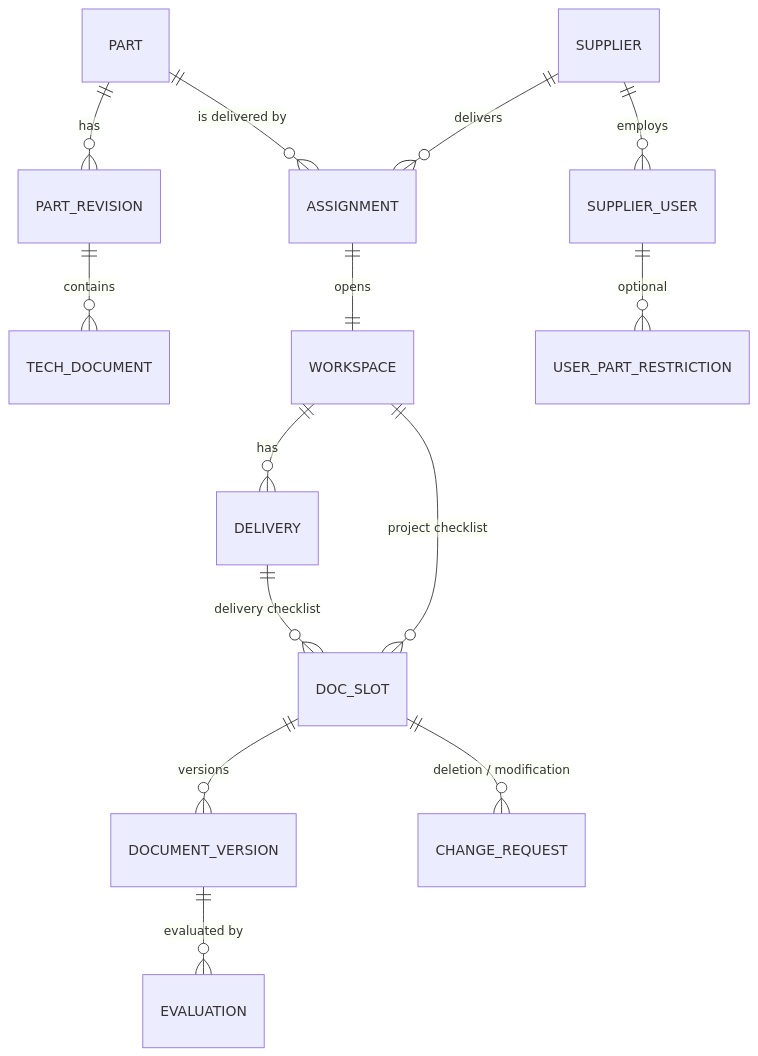
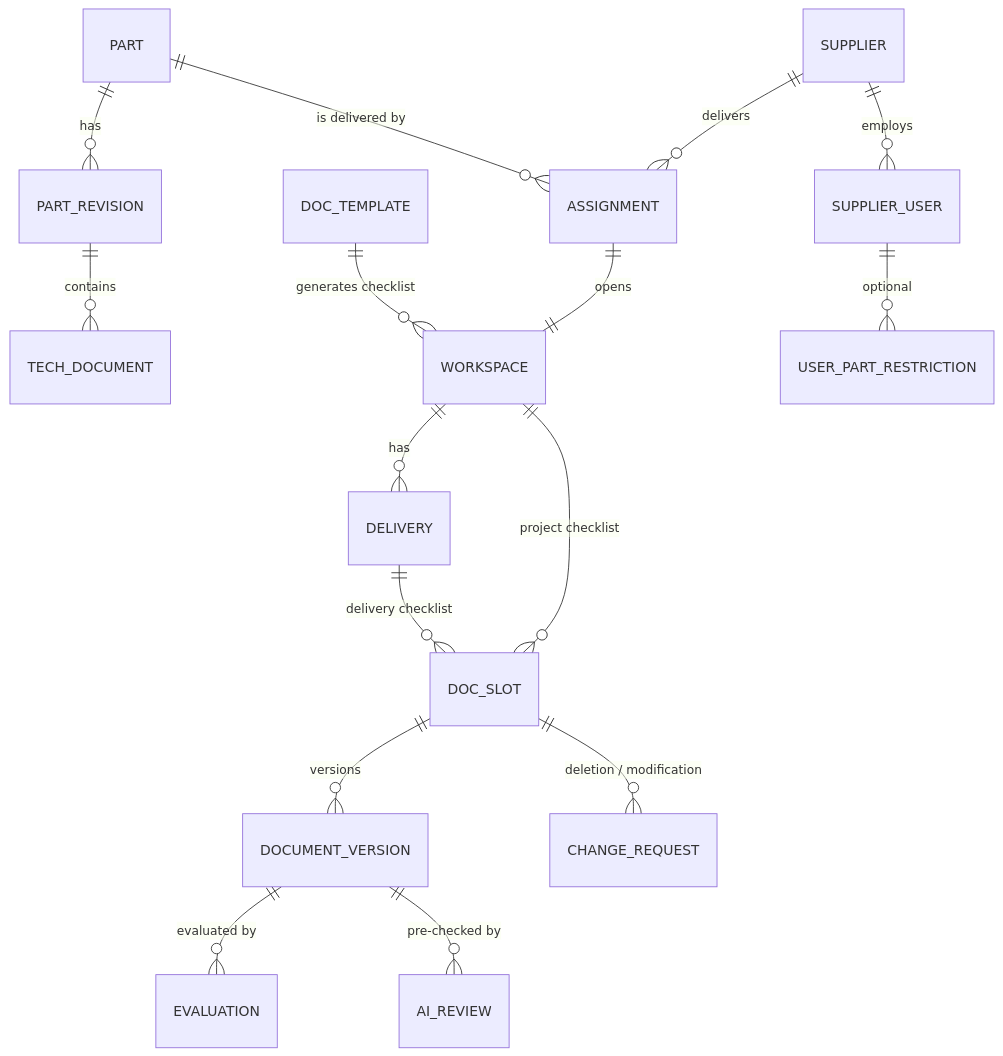
One commit to ahmedbenammar-tech/rawdhatech-docs changed the fourth of 4 diagrams in supplier-portal/SPECIFICATION.md. Above: the diagram before and after it, drawn with Mermaid. The commit also changed other lines of this file and 1 other file, not shown here.

First line of the commit message:
Make supplier portal spec configurable and add Claude AI pre-review

````diff
--- a/supplier-portal/SPECIFICATION.md
+++ b/supplier-portal/SPECIFICATION.md
@@ -523,16 +588,18 @@
 ```mermaid
 erDiagram
     SUPPLIER ||--o{ SUPPLIER_USER : employs
     SUPPLIER ||--o{ ASSIGNMENT : "delivers"
     PART ||--o{ ASSIGNMENT : "is delivered by"
     PART ||--o{ PART_REVISION : has
     PART_REVISION ||--o{ TECH_DOCUMENT : contains
     ASSIGNMENT ||--|| WORKSPACE : opens
     WORKSPACE ||--o{ DOC_SLOT : "project checklist"
     DOC_SLOT ||--o{ DOCUMENT_VERSION : versions
     WORKSPACE ||--o{ DELIVERY : has
     DELIVERY ||--o{ DOC_SLOT : "delivery checklist"
     DOCUMENT_VERSION ||--o{ EVALUATION : "evaluated by"
     DOC_SLOT ||--o{ CHANGE_REQUEST : "deletion / modification"
     SUPPLIER_USER ||--o{ USER_PART_RESTRICTION : "optional"
+    DOCUMENT_VERSION ||--o{ AI_REVIEW : "pre-checked by"
+    DOC_TEMPLATE ||--o{ WORKSPACE : "generates checklist"
 ```
````
